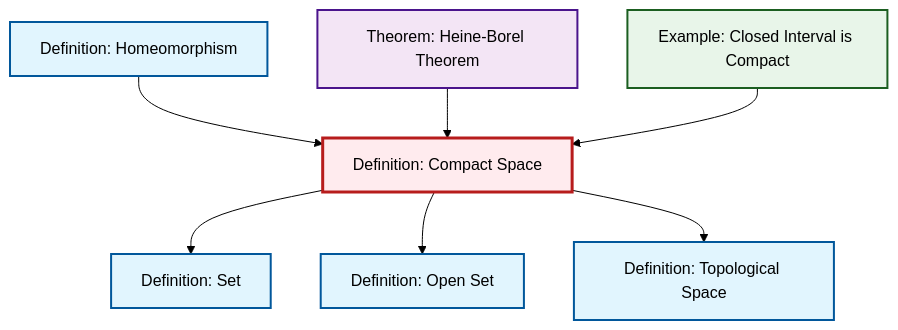
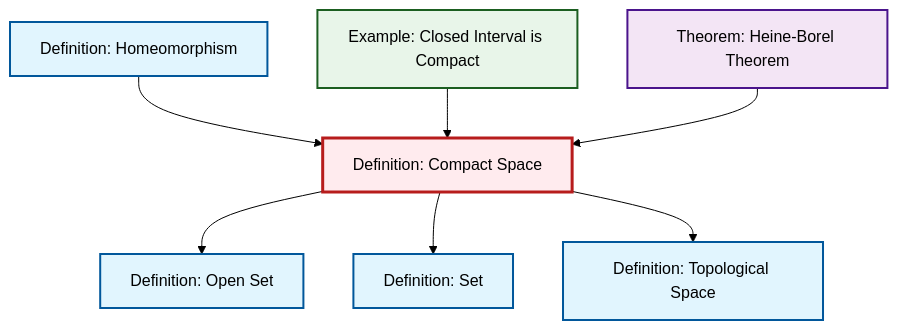
One commit to RK0429/ModernMath changed the diagram in content/en/topology/def-compact.qmd. Above: the diagram before and after it, drawn with Mermaid (forest theme). The commit also changed other lines of this file and 1069 other files, not shown here.

````diff
--- a/content/en/topology/def-compact.qmd
+++ b/content/en/topology/def-compact.qmd
@@ -48,29 +48,29 @@
 ```{mermaid}
 %%| fig-cap: "Local dependency graph"
 graph TD
     classDef definition fill:#e1f5fe,stroke:#01579b,stroke-width:2px
     classDef theorem fill:#f3e5f5,stroke:#4a148c,stroke-width:2px
     classDef axiom fill:#fff3e0,stroke:#e65100,stroke-width:2px
     classDef example fill:#e8f5e9,stroke:#1b5e20,stroke-width:2px
     classDef current fill:#ffebee,stroke:#b71c1c,stroke-width:3px
     def-set["Definition: Set"]:::definition
+    def-homeomorphism["Definition: Homeomorphism"]:::definition
+    ex-closed-interval-compact["Example: Closed Interval is Compact"]:::example
+    def-topological-space["Definition: Topological Space"]:::definition
     def-open-set["Definition: Open Set"]:::definition
-    ex-closed-interval-compact["Example: Closed Interval is Compact"]:::example
-    def-homeomorphism["Definition: Homeomorphism"]:::definition
     thm-heine-borel["Theorem: Heine-Borel Theorem"]:::theorem
     def-compact["Definition: Compact Space"]:::definition
-    def-topological-space["Definition: Topological Space"]:::definition
+    def-compact --> def-open-set
+    def-homeomorphism --> def-compact
     def-compact --> def-set
-    def-homeomorphism --> def-compact
-    def-compact --> def-open-set
+    ex-closed-interval-compact --> def-compact
+    def-compact --> def-topological-space
     thm-heine-borel --> def-compact
-    def-compact --> def-topological-space
-    ex-closed-interval-compact --> def-compact
     class def-compact current
     click def-set "def-set.html" "Go to Set definition"
+    click def-homeomorphism "def-homeomorphism.html" "Go to Homeomorphism definition"
+    click ex-closed-interval-compact "ex-closed-interval-compact.html" "Go to Closed Interval is Compact example"
+    click def-topological-space "def-topological-space.html" "Go to Topological Space definition"
     click def-open-set "def-open-set.html" "Go to Open Set definition"
-    click ex-closed-interval-compact "ex-closed-interval-compact.html" "Go to Closed Interval is Compact example"
-    click def-homeomorphism "def-homeomorphism.html" "Go to Homeomorphism definition"
     click thm-heine-borel "thm-heine-borel.html" "Go to Heine-Borel Theorem theorem"
-    click def-topological-space "def-topological-space.html" "Go to Topological Space definition"
 ```
````
